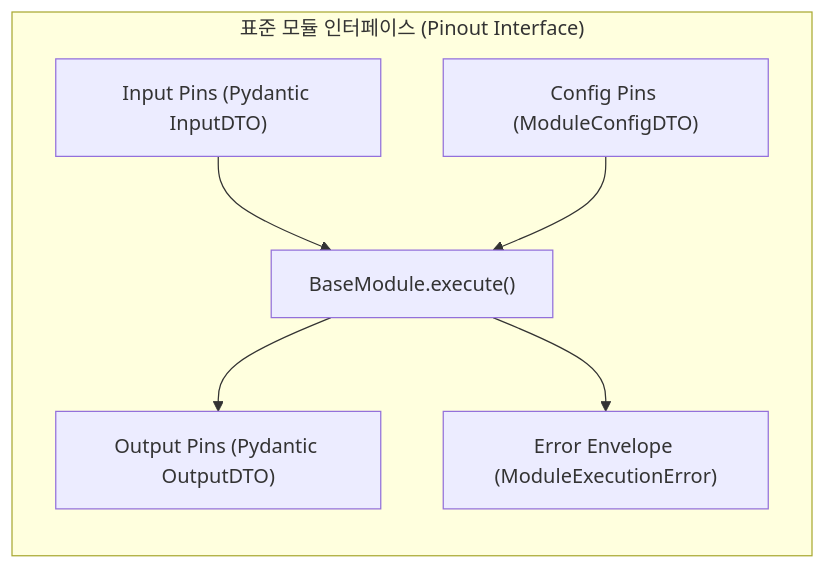
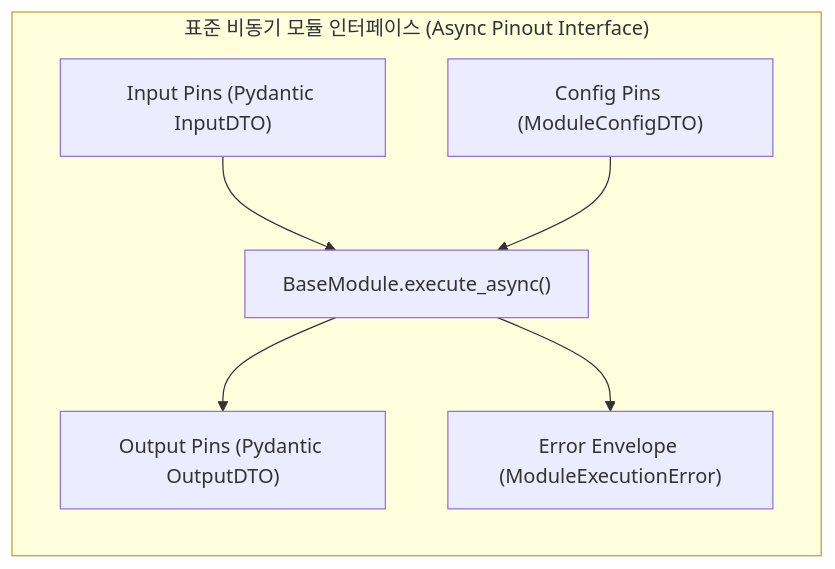
The diagram in docs/03_pipeline_module_blueprints/BP-302_19_modules_pinout_catalog.md (bist-mini-final/bist-mini-final), drawn with Mermaid before and after one commit. The commit also changed other lines of this file and 2 other files, not shown here.

Commit message:
docs: formalize Full-Async Non-Blocking architecture contracts and refactoring blueprints across all layers

````diff
--- a/docs/03_pipeline_module_blueprints/BP-302_19_modules_pinout_catalog.md
+++ b/docs/03_pipeline_module_blueprints/BP-302_19_modules_pinout_catalog.md
@@ -11,9 +11,9 @@
 ```mermaid
 graph LR
-    subgraph ModuleContract ["표준 모듈 인터페이스 (Pinout Interface)"]
-        IN["Input Pins (Pydantic InputDTO)"] --> MOD["BaseModule.execute()"]
+    subgraph ModuleContract ["표준 비동기 모듈 인터페이스 (Async Pinout Interface)"]
+        IN["Input Pins (Pydantic InputDTO)"] --> MOD["BaseModule.execute_async()"]
         CFG["Config Pins (ModuleConfigDTO)"] --> MOD
         MOD --> OUT["Output Pins (Pydantic OutputDTO)"]
         MOD --> ERR["Error Envelope (ModuleExecutionError)"]
     end
 ```
````
